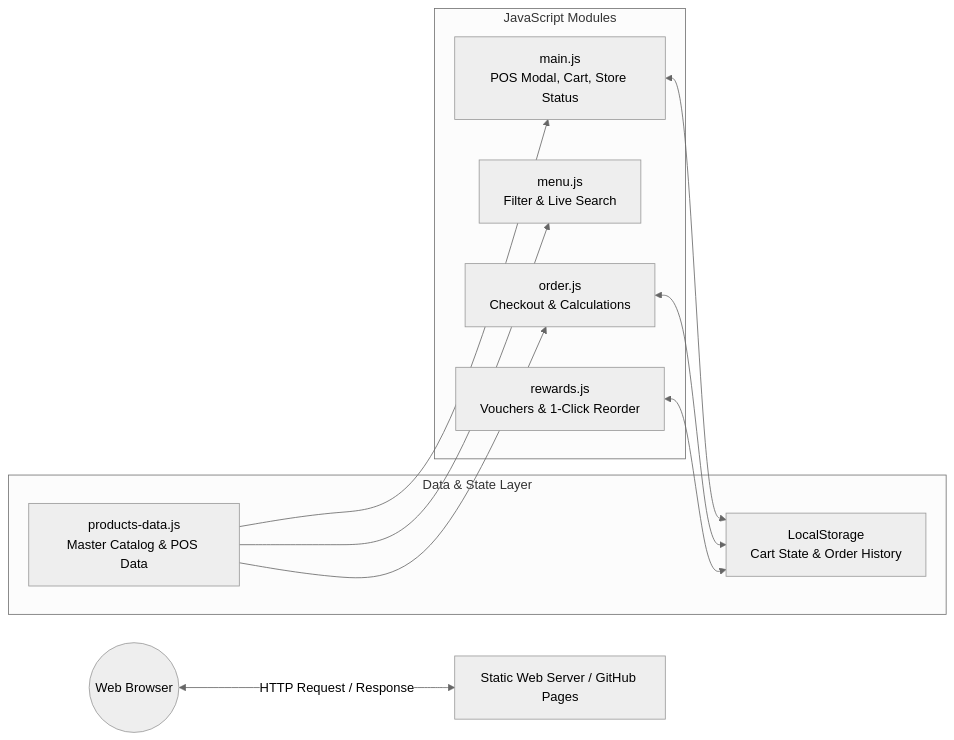
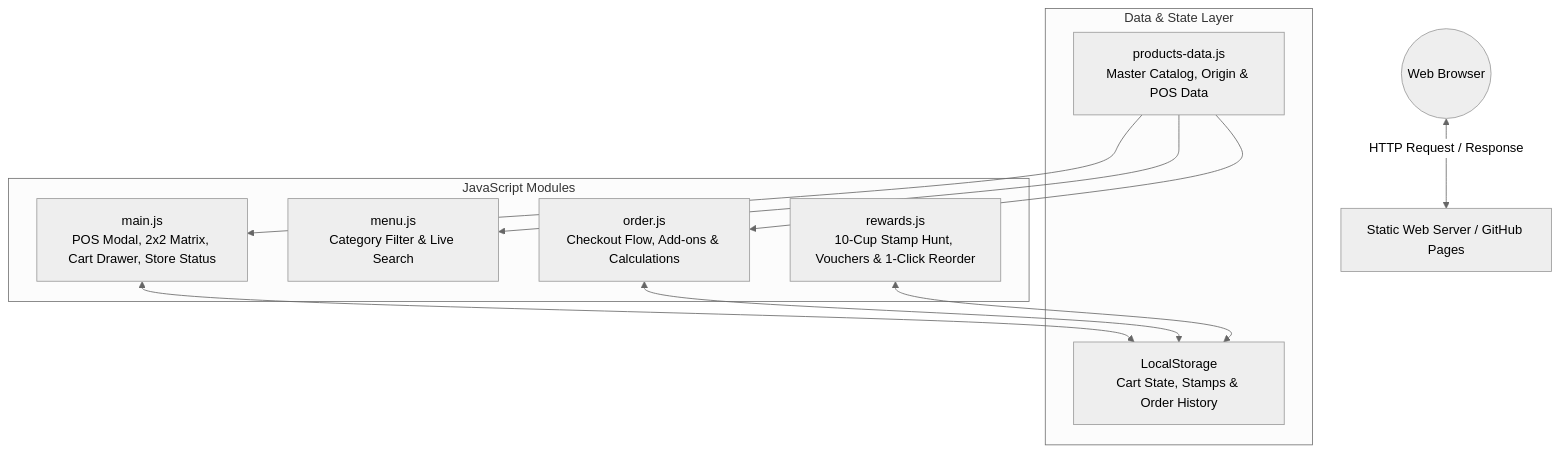
One commit to NAxel-code/Coffee-Shop-Website changed the diagram in README.md. Above: the diagram before and after it, drawn with Mermaid (neutral theme). The commit also changed other lines of this file, not shown here.

````diff
--- a/README.md
+++ b/README.md
@@ -89,24 +104,24 @@
 ```mermaid
-flowchart LR
+flowchart TD
     Client((Web Browser))
     Server[Static Web Server / GitHub Pages]
     
     Client <-->|HTTP Request / Response| Server
     
     subgraph DataLayer [Data & State Layer]
-        DataJS[products-data.js<br>Master Catalog & POS Data]
-        LocalStorage[LocalStorage<br>Cart State & Order History]
+        DataJS[products-data.js<br>Master Catalog, Origin & POS Data]
+        LocalStorage[LocalStorage<br>Cart State, Stamps & Order History]
     end
     
     subgraph AppLogic [JavaScript Modules]
-        MainJS[main.js<br>POS Modal, Cart, Store Status]
-        MenuJS[menu.js<br>Filter & Live Search]
-        OrderJS[order.js<br>Checkout & Calculations]
-        RewardsJS[rewards.js<br>Vouchers & 1-Click Reorder]
+        MainJS[main.js<br>POS Modal, 2x2 Matrix, Cart Drawer, Store Status]
+        MenuJS[menu.js<br>Category Filter & Live Search]
+        OrderJS[order.js<br>Checkout Flow, Add-ons & Calculations]
+        RewardsJS[rewards.js<br>10-Cup Stamp Hunt, Vouchers & 1-Click Reorder]
     end
     
     DataJS --> MainJS & MenuJS & OrderJS
     MainJS <--> LocalStorage
     OrderJS <--> LocalStorage
     RewardsJS <--> LocalStorage
 ```
````
